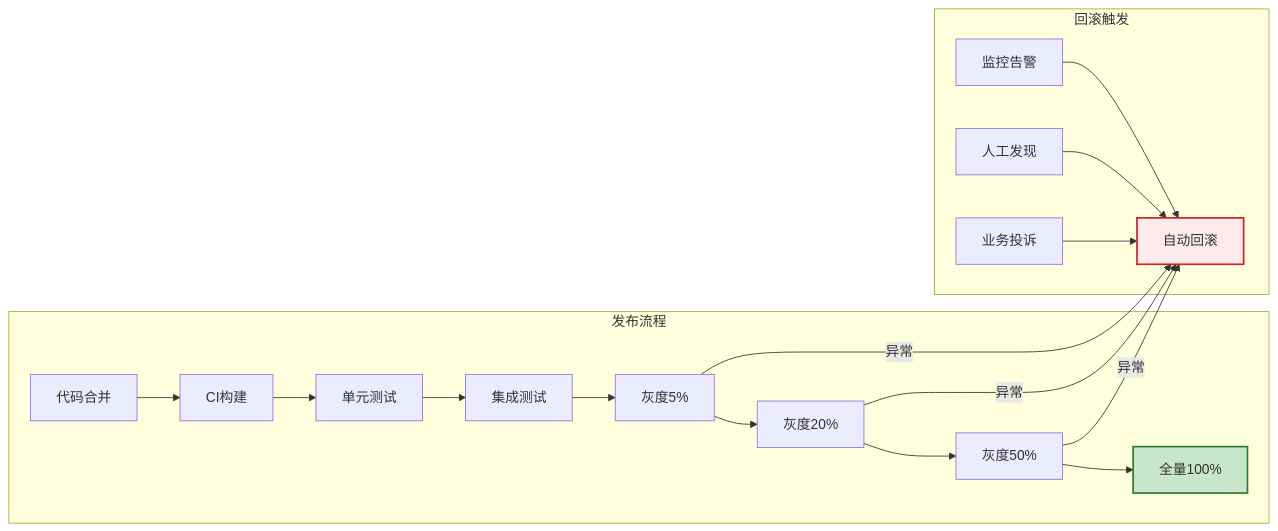
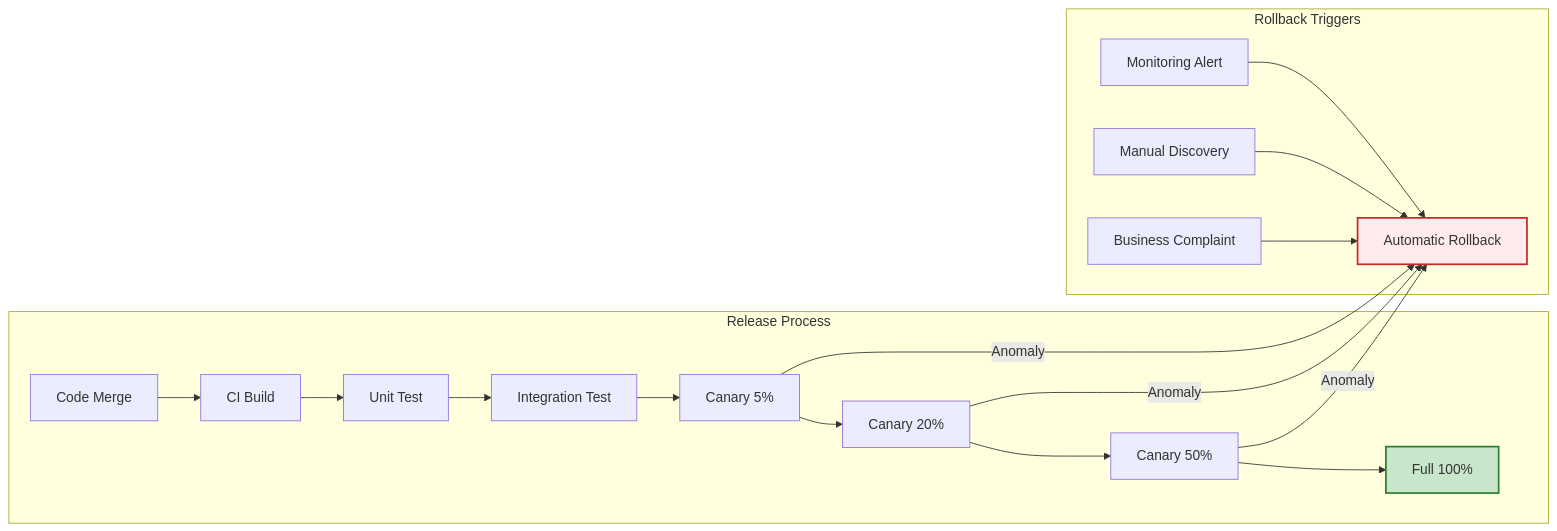
One commit to Kirky-X/cangjie changed the tenth of 10 diagrams in templates/产品/技术层/【模板】核心算法文档.md. Above: the diagram before and after it, drawn with Mermaid. The commit also changed other lines of this file and 46 other files, not shown here.

````diff
--- a/templates/产品/技术层/【模板】核心算法文档.md
+++ b/templates/产品/技术层/【模板】核心算法文档.md
@@ -911,25 +911,25 @@
 ```mermaid
 graph LR
-    subgraph 发布流程
-        A[代码合并] --> B[CI构建]
-        B --> C[单元测试]
-        C --> D[集成测试]
-        D --> E[灰度5%]
-        E --> F[灰度20%]
-        F --> G[灰度50%]
-        G --> H[全量100%]
+    subgraph Release Process
+        A[Code Merge] --> B[CI Build]
+        B --> C[Unit Test]
+        C --> D[Integration Test]
+        D --> E[Canary 5%]
+        E --> F[Canary 20%]
+        F --> G[Canary 50%]
+        G --> H[Full 100%]
     end
 
-    subgraph 回滚触发
-        R1[监控告警] --> Rollback[自动回滚]
-        R2[人工发现] --> Rollback
-        R3[业务投诉] --> Rollback
+    subgraph Rollback Triggers
+        R1[Monitoring Alert] --> Rollback[Automatic Rollback]
+        R2[Manual Discovery] --> Rollback
+        R3[Business Complaint] --> Rollback
     end
 
-    E -->|异常| Rollback
-    F -->|异常| Rollback
-    G -->|异常| Rollback
+    E -->|Anomaly| Rollback
+    F -->|Anomaly| Rollback
+    G -->|Anomaly| Rollback
 
     style H fill:#c8e6c9,stroke:#2e7d32,stroke-width:2px
     style Rollback fill:#ffebee,stroke:#c62828,stroke-width:2px
 ```
````
